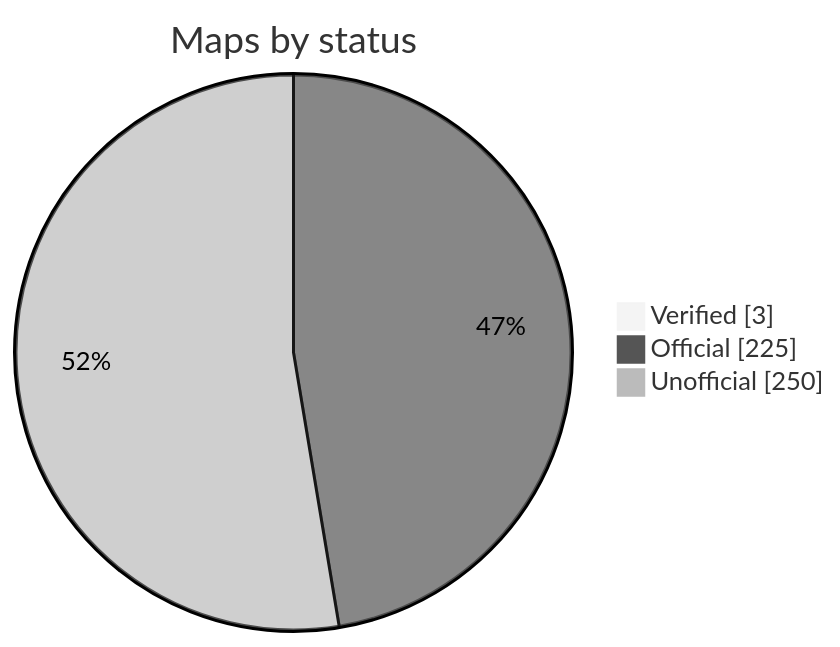
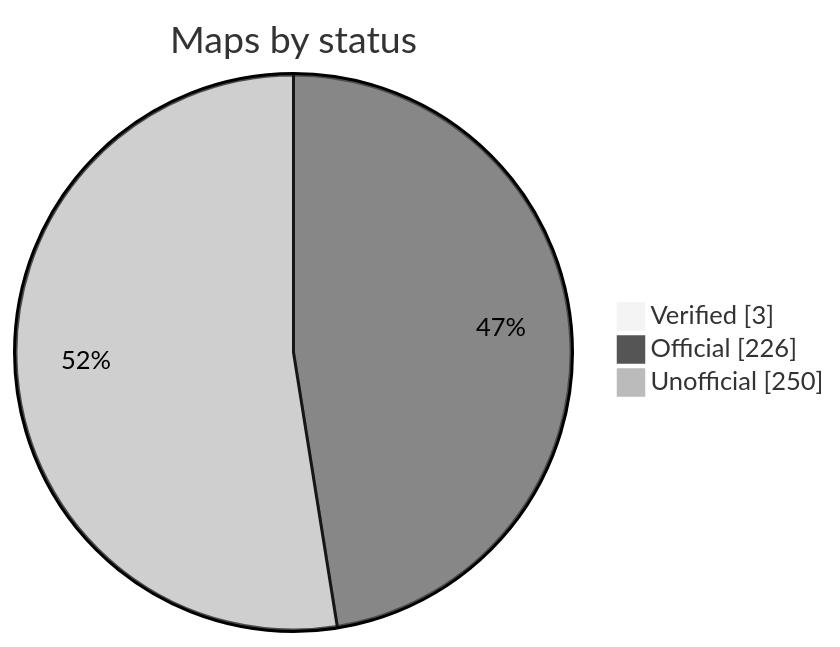
One commit to nobrega8/mbmap-library changed the diagram in README.md. Above: the diagram before and after it, drawn with Mermaid (neutral theme). The commit also changed 2 other files, not shown here.

Commit message:
Add the Shelly 2PM Gen4 map

````diff
--- a/README.md
+++ b/README.md
@@ -48,7 +48,7 @@
 ```mermaid
 pie showData
     title Maps by status
     "Verified" : 3
-    "Official" : 225
+    "Official" : 226
     "Unofficial" : 250
 ```
````
